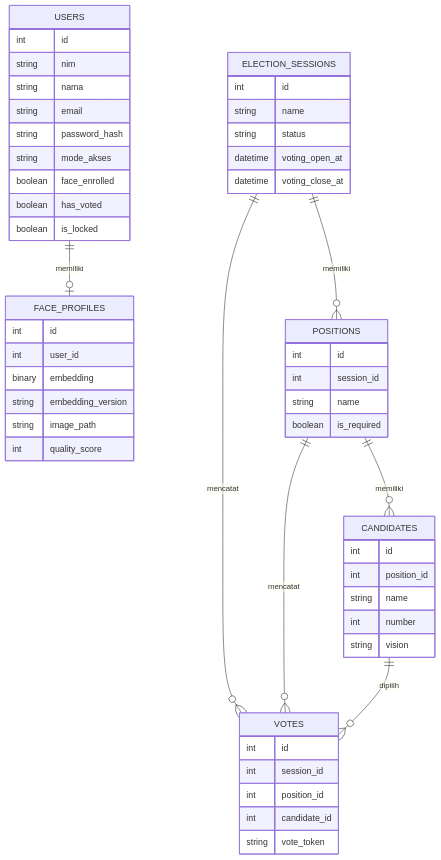
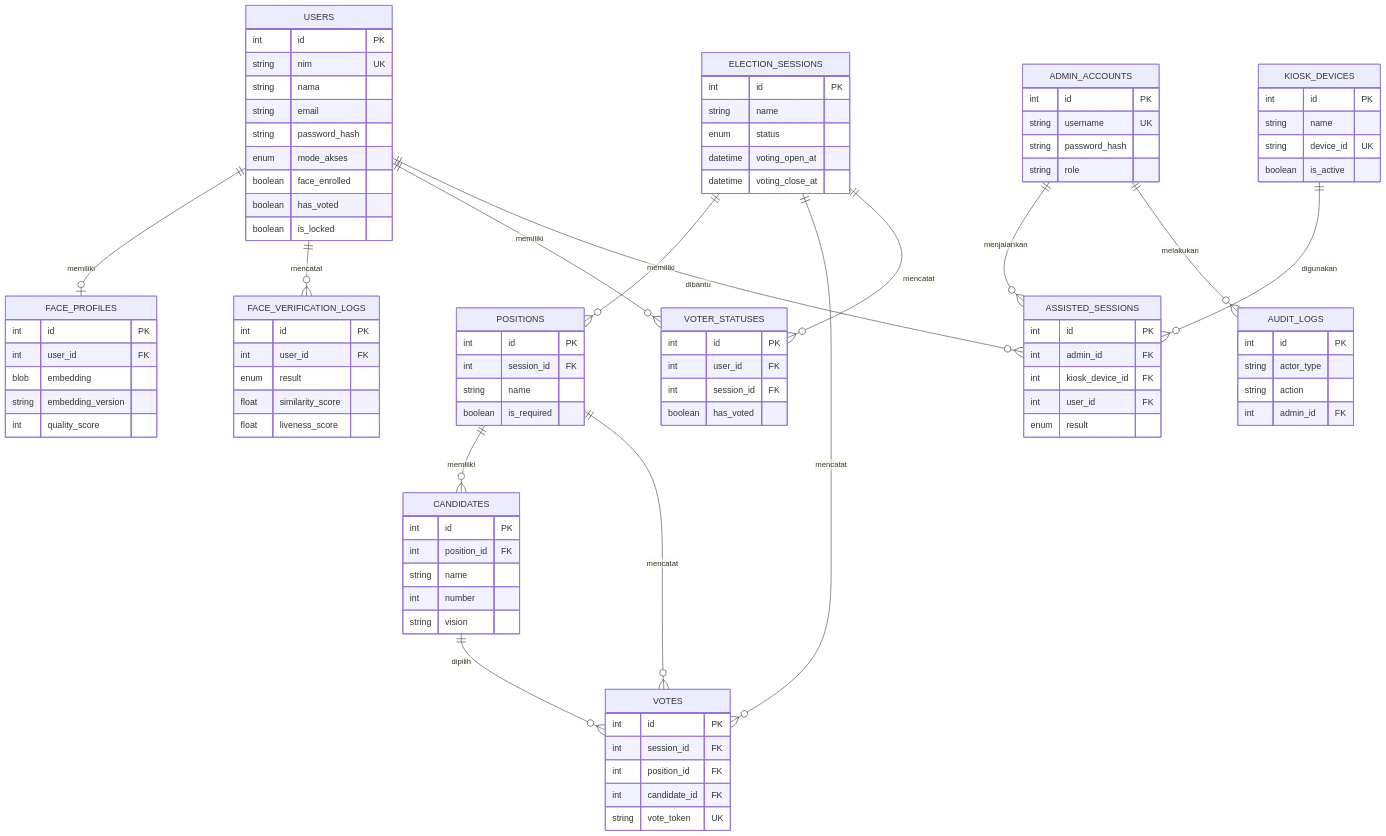
Before and after one commit to MochJuang/e-voting-bila: the second of 4 diagrams in BAB4_Hasil_dan_Pembahasan.md, drawn with Mermaid. The commit also changed other lines of this file and 24 other files, not shown here.

````diff
--- a/BAB4_Hasil_dan_Pembahasan.md
+++ b/BAB4_Hasil_dan_Pembahasan.md
@@ -95,56 +97,100 @@
 ```mermaid
 erDiagram
     USERS {
-        int id
-        string nim
+        int id PK
+        string nim UK
         string nama
         string email
         string password_hash
-        string mode_akses
+        enum mode_akses
         boolean face_enrolled
         boolean has_voted
         boolean is_locked
     }
-    FACE_PROFILES {
-        int id
-        int user_id
-        binary embedding
-        string embedding_version
-        string image_path
-        int quality_score
+    ADMIN_ACCOUNTS {
+        int id PK
+        string username UK
+        string password_hash
+        string role
+    }
+    KIOSK_DEVICES {
+        int id PK
+        string name
+        string device_id UK
+        boolean is_active
     }
     ELECTION_SESSIONS {
-        int id
+        int id PK
         string name
-        string status
+        enum status
         datetime voting_open_at
         datetime voting_close_at
     }
     POSITIONS {
-        int id
-        int session_id
+        int id PK
+        int session_id FK
         string name
         boolean is_required
     }
     CANDIDATES {
-        int id
-        int position_id
+        int id PK
+        int position_id FK
         string name
         int number
         string vision
     }
     VOTES {
-        int id
-        int session_id
-        int position_id
-        int candidate_id
-        string vote_token
+        int id PK
+        int session_id FK
+        int position_id FK
+        int candidate_id FK
+        string vote_token UK
+    }
+    VOTER_STATUSES {
+        int id PK
+        int user_id FK
+        int session_id FK
+        boolean has_voted
+    }
+    FACE_PROFILES {
+        int id PK
+        int user_id FK
+        blob embedding
+        string embedding_version
+        int quality_score
+    }
+    FACE_VERIFICATION_LOGS {
+        int id PK
+        int user_id FK
+        enum result
+        float similarity_score
+        float liveness_score
+    }
+    ASSISTED_SESSIONS {
+        int id PK
+        int admin_id FK
+        int kiosk_device_id FK
+        int user_id FK
+        enum result
+    }
+    AUDIT_LOGS {
+        int id PK
+        string actor_type
+        string action
+        int admin_id FK
     }
 
     USERS ||--o| FACE_PROFILES : memiliki
+    USERS ||--o{ FACE_VERIFICATION_LOGS : mencatat
+    USERS ||--o{ VOTER_STATUSES : memiliki
+    USERS ||--o{ ASSISTED_SESSIONS : dibantu
     ELECTION_SESSIONS ||--o{ POSITIONS : memiliki
     POSITIONS ||--o{ CANDIDATES : memiliki
     ELECTION_SESSIONS ||--o{ VOTES : mencatat
     POSITIONS ||--o{ VOTES : mencatat
     CANDIDATES ||--o{ VOTES : dipilih
+    ELECTION_SESSIONS ||--o{ VOTER_STATUSES : mencatat
+    ADMIN_ACCOUNTS ||--o{ ASSISTED_SESSIONS : menjalankan
+    KIOSK_DEVICES ||--o{ ASSISTED_SESSIONS : digunakan
+    ADMIN_ACCOUNTS ||--o{ AUDIT_LOGS : melakukan
 ```
````
